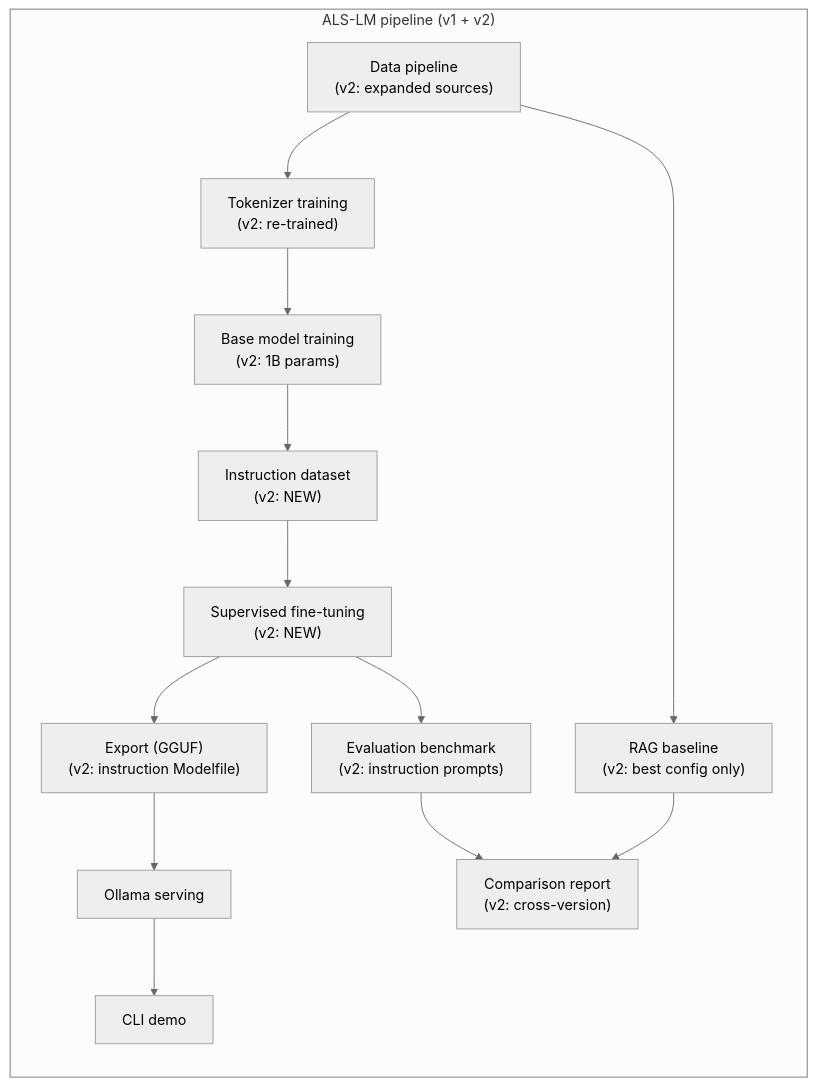
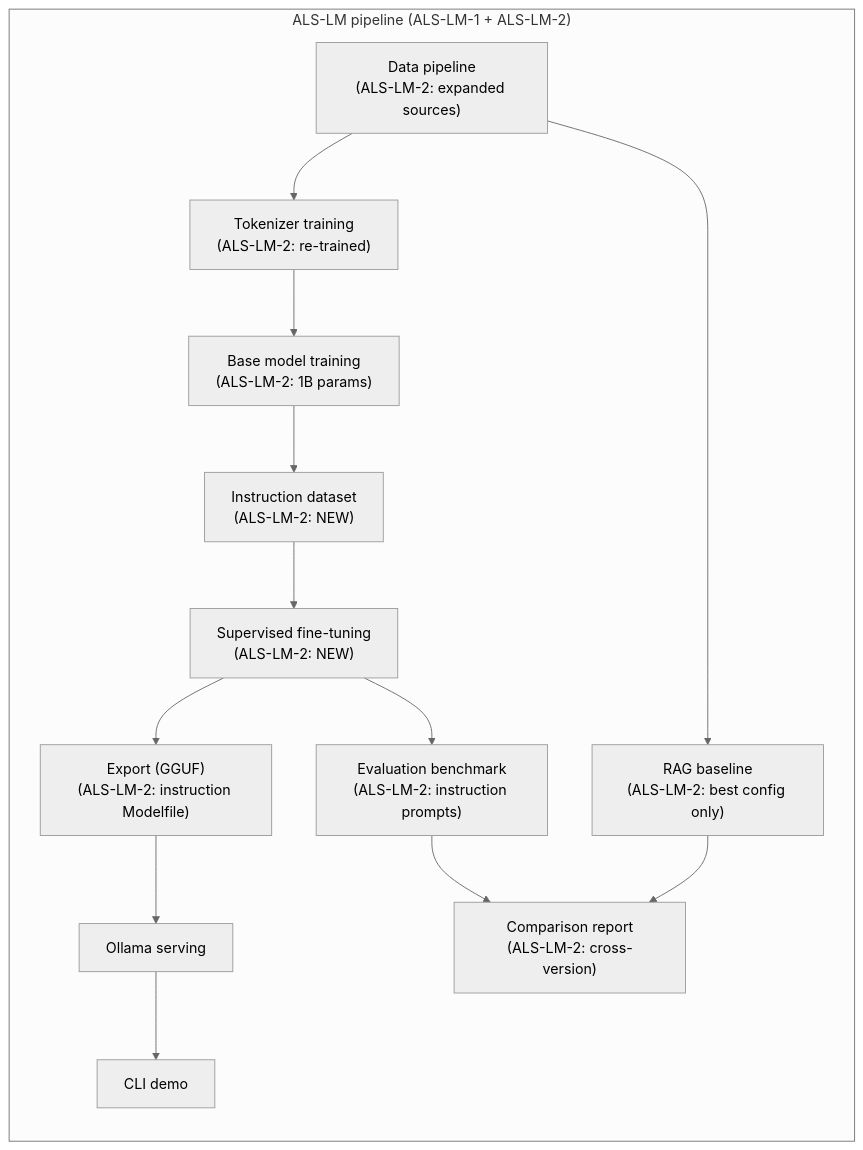
Before and after one commit to josh-wong/als-lm: the first of 2 diagrams in docs/v2-design-doc.md, drawn with Mermaid (neutral theme). The commit also changed other lines of this file, not shown here.

First line of the commit message:
Standardize naming to ALS-LM-1/ALS-LM-2 in v2 doc

````diff
--- a/docs/v2-design-doc.md
+++ b/docs/v2-design-doc.md
@@ -19,16 +19,16 @@
 ```mermaid
 flowchart LR
-  subgraph "ALS-LM pipeline (v1 + v2)"
-    DataPipeline["Data pipeline<br/>(v2: expanded sources)"] --> Tokenizer["Tokenizer training<br/>(v2: re-trained)"]
-    DataPipeline --> RAG["RAG baseline<br/>(v2: best config only)"]
-    Tokenizer --> BaseTraining["Base model training<br/>(v2: 1B params)"]
-    BaseTraining --> InstructionDataset["Instruction dataset<br/>(v2: NEW)"]
-    InstructionDataset --> SFT["Supervised fine-tuning<br/>(v2: NEW)"]
-    SFT --> Evaluation["Evaluation benchmark<br/>(v2: instruction prompts)"]
-    SFT --> Export["Export (GGUF)<br/>(v2: instruction Modelfile)"]
+  subgraph "ALS-LM pipeline (ALS-LM-1 + ALS-LM-2)"
+    DataPipeline["Data pipeline<br/>(ALS-LM-2: expanded sources)"] --> Tokenizer["Tokenizer training<br/>(ALS-LM-2: re-trained)"]
+    DataPipeline --> RAG["RAG baseline<br/>(ALS-LM-2: best config only)"]
+    Tokenizer --> BaseTraining["Base model training<br/>(ALS-LM-2: 1B params)"]
+    BaseTraining --> InstructionDataset["Instruction dataset<br/>(ALS-LM-2: NEW)"]
+    InstructionDataset --> SFT["Supervised fine-tuning<br/>(ALS-LM-2: NEW)"]
+    SFT --> Evaluation["Evaluation benchmark<br/>(ALS-LM-2: instruction prompts)"]
+    SFT --> Export["Export (GGUF)<br/>(ALS-LM-2: instruction Modelfile)"]
     Export --> Ollama["Ollama serving"]
-    Evaluation --> Comparison["Comparison report<br/>(v2: cross-version)"]
+    Evaluation --> Comparison["Comparison report<br/>(ALS-LM-2: cross-version)"]
     Ollama --> CLIDemo["CLI demo"]
     RAG --> Comparison
   end
 ```
````
